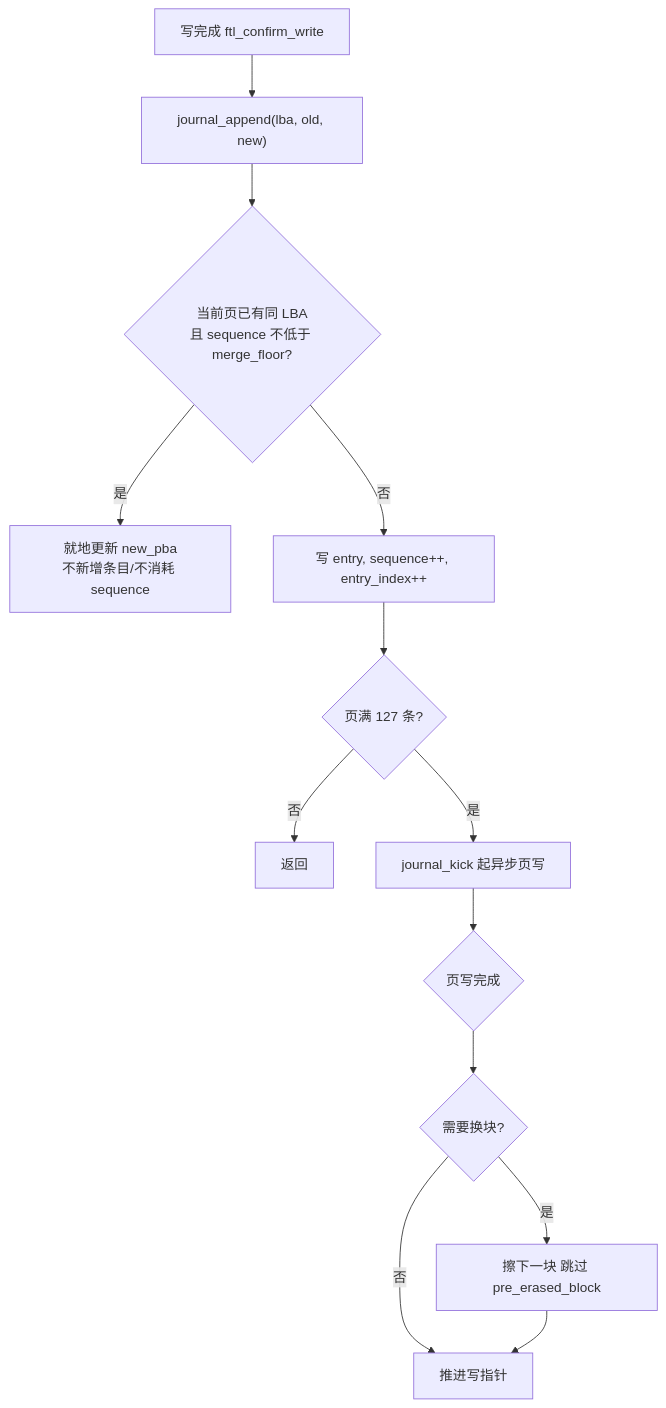
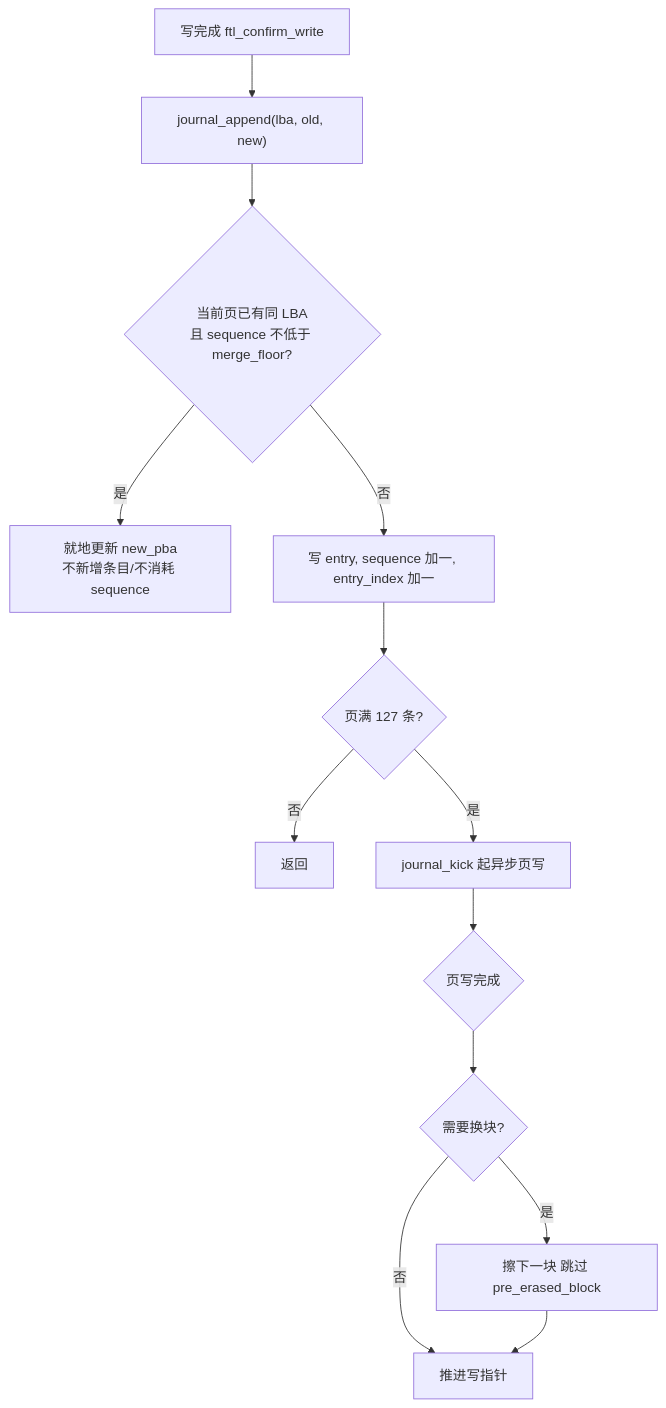
One commit to YzYMIAO/BASESSD changed diagram 11 of 28 in docs/design/ftl_design.md. Above: the diagram before and after it, drawn with Mermaid. The commit also changed other lines of this file, not shown here.

First line of the commit message:
docs(ftl): 补充推荐阅读顺序并清理 mermaid 序列图

````diff
--- a/docs/design/ftl_design.md
+++ b/docs/design/ftl_design.md
@@ -1641,15 +1677,15 @@
 ```mermaid
 flowchart TD
     A["写完成 ftl_confirm_write"] --> B["journal_append(lba, old, new)"]
     B --> C{"当前页已有同 LBA<br/>且 sequence 不低于 merge_floor?"}
     C -- "是" --> D["就地更新 new_pba<br/>不新增条目/不消耗 sequence"]
-    C -- "否" --> E["写 entry, sequence++, entry_index++"]
+    C -- "否" --> E["写 entry, sequence 加一, entry_index 加一"]
     E --> F{"页满 127 条?"}
     F -- "否" --> G["返回"]
     F -- "是" --> H["journal_kick 起异步页写"]
     H --> I{"页写完成"}
     I --> J{"需要换块?"}
     J -- "否" --> K["推进写指针"]
     J -- "是" --> L["擦下一块 跳过 pre_erased_block "]
     L --> K
 ```
````
